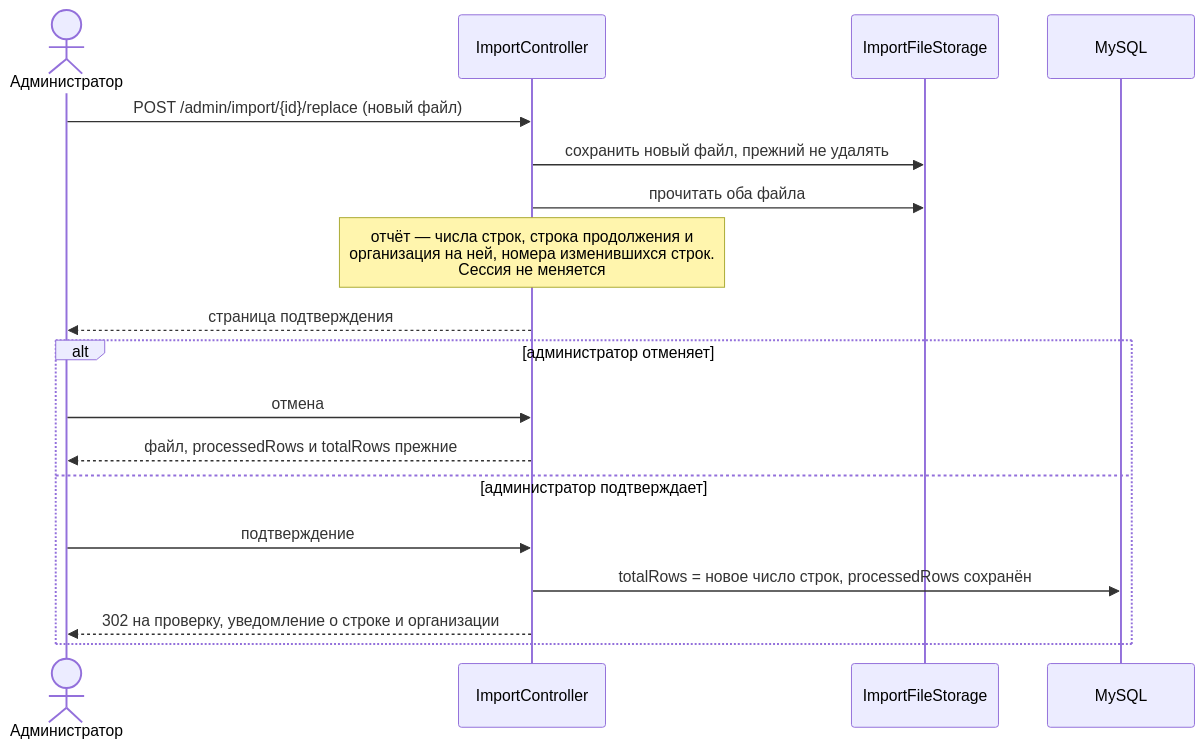
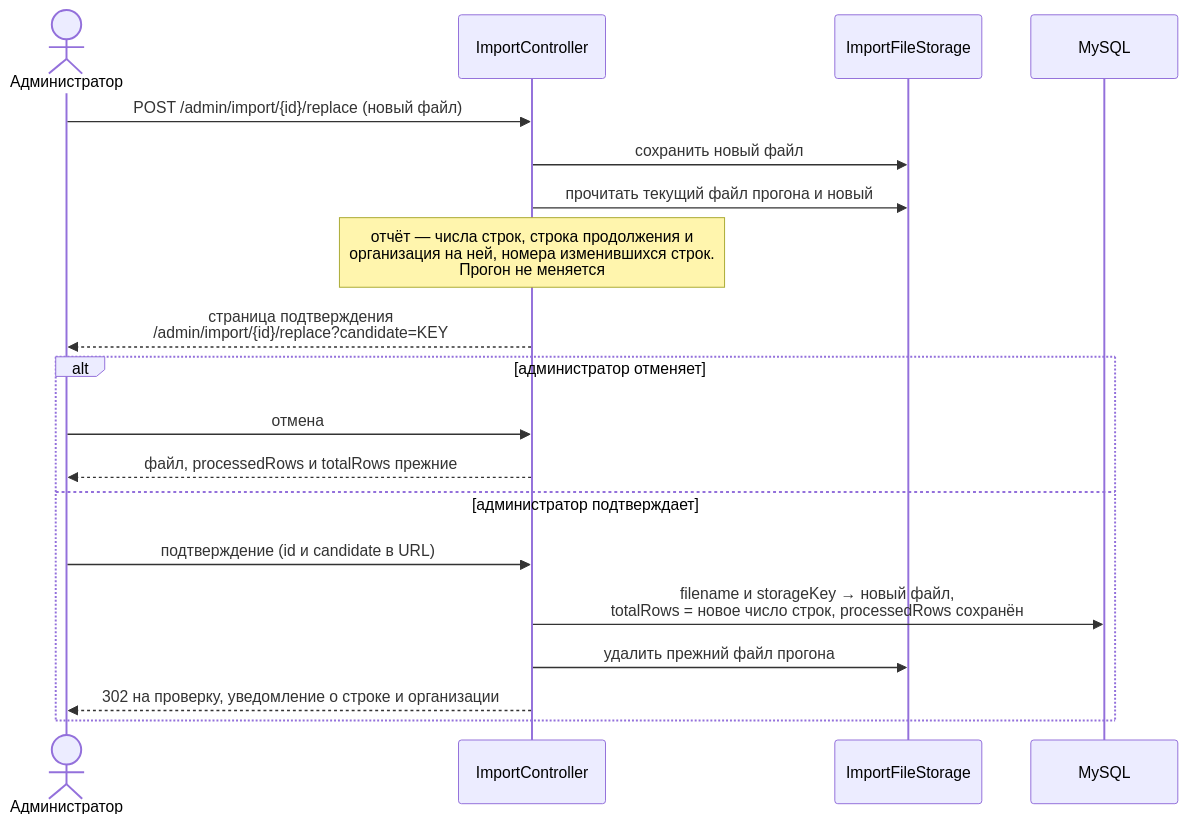
The third of 3 diagrams in openspec/changes/add-organizations-csv-import/design.md (AliakseiBurak/crm-one), drawn with Mermaid before and after one commit. The commit also changed other lines of this file and 4 other files, not shown here.

````diff
--- a/openspec/changes/add-organizations-csv-import/design.md
+++ b/openspec/changes/add-organizations-csv-import/design.md
@@ -550,22 +579,23 @@
 ```mermaid
 sequenceDiagram
     actor Admin as Администратор
     participant IC as ImportController
     participant ST as ImportFileStorage
     participant DB as MySQL
 
     Admin->>IC: POST /admin/import/{id}/replace (новый файл)
-    IC->>ST: сохранить новый файл, прежний не удалять
-    IC->>ST: прочитать оба файла
-    Note over IC: отчёт — числа строк, строка продолжения и<br/>организация на ней, номера изменившихся строк.<br/>Сессия не меняется
-    IC-->>Admin: страница подтверждения
+    IC->>ST: сохранить новый файл
+    IC->>ST: прочитать текущий файл прогона и новый
+    Note over IC: отчёт — числа строк, строка продолжения и<br/>организация на ней, номера изменившихся строк.<br/>Прогон не меняется
+    IC-->>Admin: страница подтверждения<br/>/admin/import/{id}/replace?candidate=KEY
 
     alt администратор отменяет
         Admin->>IC: отмена
         IC-->>Admin: файл, processedRows и totalRows прежние
     else администратор подтверждает
-        Admin->>IC: подтверждение
-        IC->>DB: totalRows = новое число строк, processedRows сохранён
+        Admin->>IC: подтверждение (id и candidate в URL)
+        IC->>DB: filename и storageKey → новый файл,<br/>totalRows = новое число строк, processedRows сохранён
+        IC->>ST: удалить прежний файл прогона
         IC-->>Admin: 302 на проверку, уведомление о строке и организации
     end
 ```
````
